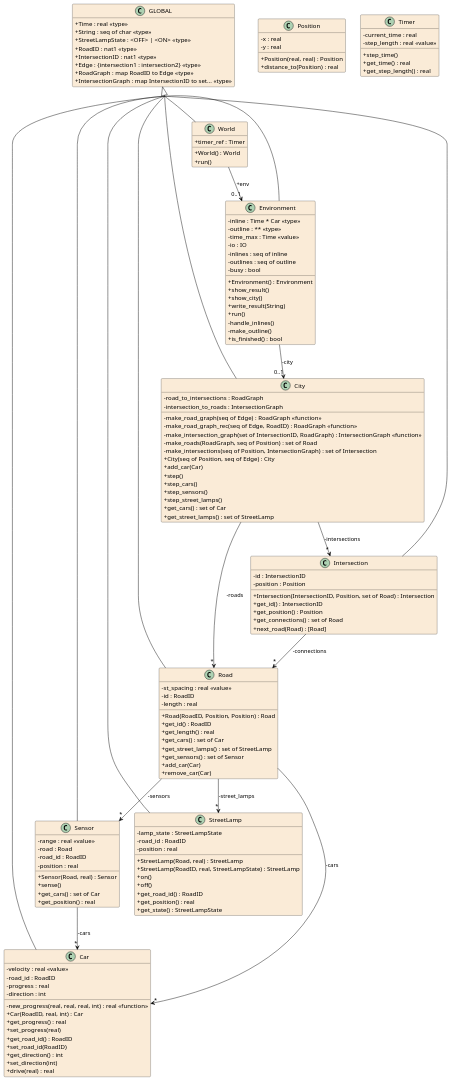
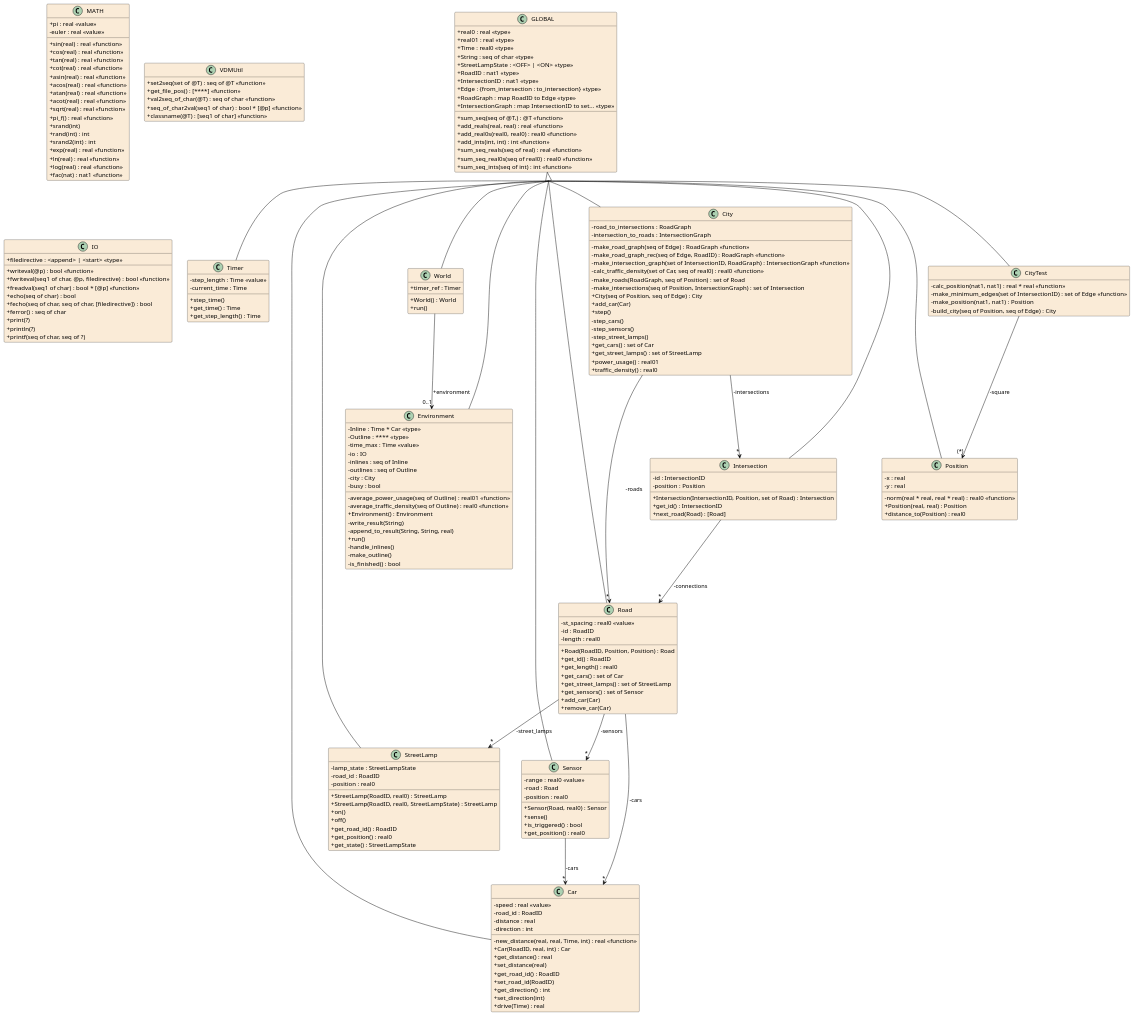
One commit to JnsJensen/mcs-ambient-light changed the diagram in .generated/vdm2uml/mcs-ambient-light.puml. Above: the diagram before and after it, drawn with PlantUML. The commit also changed 1 other file, not shown here.

Commit message:
feat: fixed stackoverflow in TestManyIntersections

```diff
--- a/.generated/vdm2uml/mcs-ambient-light.puml
+++ b/.generated/vdm2uml/mcs-ambient-light.puml
@@ -12,21 +12,183 @@
 }
 skinparam defaultTextAlignment center
 
+class MATH
+{
+	+sin(real) : real <<function>>
+	+cos(real) : real <<function>>
+	+tan(real) : real <<function>>
+	+cot(real) : real <<function>>
+	+asin(real) : real <<function>>
+	+acos(real) : real <<function>>
+	+atan(real) : real <<function>>
+	+acot(real) : real <<function>>
+	+sqrt(real) : real <<function>>
+	+pi_f() : real <<function>>
+	+srand(int)
+	+rand(int) : int
+	+srand2(int) : int
+	+exp(real) : real <<function>>
+	+ln(real) : real <<function>>
+	+log(real) : real <<function>>
+	+fac(nat) : nat1 <<function>>
+	+pi : real <<value>>
+	-euler : real <<value>>
+}
+
+class VDMUtil
+{
+	+set2seq(set of @T) : seq of @T <<function>>
+	+get_file_pos() : [****] <<function>>
+	+val2seq_of_char(@T) : seq of char <<function>>
+	+seq_of_char2val(seq1 of char) : bool * [@p] <<function>>
+	+classname(@T) : [seq1 of char] <<function>>
+}
+
+class IO
+{
+	+filedirective : <append> | <start> <<type>>
+	+writeval(@p) : bool <<function>>
+	+fwriteval(seq1 of char, @p, filedirective) : bool <<function>>
+	+freadval(seq1 of char) : bool * [@p] <<function>>
+	+echo(seq of char) : bool
+	+fecho(seq of char, seq of char, [filedirective]) : bool
+	+ferror() : seq of char
+	+print(?)
+	+println(?)
+	+printf(seq of char, seq of ?)
+}
+
+class Timer
+{
+	-step_length : Time <<value>>
+	-current_time : Time
+	+step_time()
+	+get_time() : Time
+	+get_step_length() : Time
+}
+
+class World
+{
+	+timer_ref : Timer
+	+World() : World
+	+run()
+}
+
+class GLOBAL
+{
+	+real0 : real <<type>>
+	+real01 : real <<type>>
+	+Time : real0 <<type>>
+	+String : seq of char <<type>>
+	+StreetLampState : <OFF> | <ON> <<type>>
+	+RoadID : nat1 <<type>>
+	+IntersectionID : nat1 <<type>>
+	+Edge : {from_intersection : to_intersection} <<type>>
+	+RoadGraph : map RoadID to Edge <<type>>
+	+IntersectionGraph : map IntersectionID to set... <<type>>
+	+sum_seq(seq of @T,) : @T <<function>>
+	+add_reals(real, real) : real <<function>>
+	+add_real0s(real0, real0) : real0 <<function>>
+	+add_ints(int, int) : int <<function>>
+	+sum_seq_reals(seq of real) : real <<function>>
+	+sum_seq_real0s(seq of real0) : real0 <<function>>
+	+sum_seq_ints(seq of int) : int <<function>>
+}
+
+class Road
+{
+	-st_spacing : real0 <<value>>
+	-id : RoadID
+	-length : real0
+	+Road(RoadID, Position, Position) : Road
+	+get_id() : RoadID
+	+get_length() : real0
+	+get_cars() : set of Car
+	+get_street_lamps() : set of StreetLamp
+	+get_sensors() : set of Sensor
+	+add_car(Car)
+	+remove_car(Car)
+}
+
+class StreetLamp
+{
+	-lamp_state : StreetLampState
+	-road_id : RoadID
+	-position : real0
+	+StreetLamp(RoadID, real0) : StreetLamp
+	+StreetLamp(RoadID, real0, StreetLampState) : StreetLamp
+	+on()
+	+off()
+	+get_road_id() : RoadID
+	+get_position() : real0
+	+get_state() : StreetLampState
+}
+
+class Sensor
+{
+	-range : real0 <<value>>
+	-road : Road
+	-position : real0
+	+Sensor(Road, real0) : Sensor
+	+sense()
+	+is_triggered() : bool
+	+get_position() : real0
+}
+
 class Car
 {
-	-velocity : real <<value>>
+	-speed : real <<value>>
 	-road_id : RoadID
-	-progress : real
+	-distance : real
 	-direction : int
-	-new_progress(real, real, real, int) : real <<function>>
+	-new_distance(real, real, Time, int) : real <<function>>
 	+Car(RoadID, real, int) : Car
-	+get_progress() : real
-	+set_progress(real)
+	+get_distance() : real
+	+set_distance(real)
 	+get_road_id() : RoadID
 	+set_road_id(RoadID)
 	+get_direction() : int
 	+set_direction(int)
-	+drive(real) : real
+	+drive(Time) : real
+}
+
+class Environment
+{
+	-Inline : Time * Car <<type>>
+	-Outline : **** <<type>>
+	-time_max : Time <<value>>
+	-io : IO
+	-inlines : seq of Inline
+	-outlines : seq of Outline
+	-city : City
+	-busy : bool
+	-average_power_usage(seq of Outline) : real01 <<function>>
+	-average_traffic_density(seq of Outline) : real0 <<function>>
+	+Environment() : Environment
+	-write_result(String)
+	-append_to_result(String, String, real)
+	+run()
+	-handle_inlines()
+	-make_outline()
+	-is_finished() : bool
+}
+
+class Intersection
+{
+	-id : IntersectionID
+	-position : Position
+	+Intersection(IntersectionID, Position, set of Road) : Intersection
+	+get_id() : IntersectionID
+	+next_road(Road) : [Road]
+}
+
+class Position
+{
+	-x : real
+	-y : real
+	-norm(real * real, real * real) : real0 <<function>>
+	+Position(real, real) : Position
+	+distance_to(Position) : real0
 }
 
 class City
@@ -36,141 +198,48 @@
 	-make_road_graph(seq of Edge) : RoadGraph <<function>>
 	-make_road_graph_rec(seq of Edge, RoadID) : RoadGraph <<function>>
 	-make_intersection_graph(set of IntersectionID, RoadGraph) : IntersectionGraph <<function>>
+	-calc_traffic_density(set of Car, seq of real0) : real0 <<function>>
 	-make_roads(RoadGraph, seq of Position) : set of Road
 	-make_intersections(seq of Position, IntersectionGraph) : set of Intersection
 	+City(seq of Position, seq of Edge) : City
 	+add_car(Car)
 	+step()
-	+step_cars()
-	+step_sensors()
-	+step_street_lamps()
+	-step_cars()
+	-step_sensors()
+	-step_street_lamps()
 	+get_cars() : set of Car
 	+get_street_lamps() : set of StreetLamp
+	+power_usage() : real01
+	+traffic_density() : real0
 }
 
-class Environment
+class CityTest
 {
-	-inline : Time * Car <<type>>
-	-outline : ** <<type>>
-	-time_max : Time <<value>>
-	-io : IO
-	-inlines : seq of inline
-	-outlines : seq of outline
-	-busy : bool
-	+Environment() : Environment
-	+show_result()
-	+show_city()
-	+write_result(String)
-	+run()
-	-handle_inlines()
-	-make_outline()
-	+is_finished() : bool
+	-calc_position(nat1, nat1) : real * real <<function>>
+	-make_minimum_edges(set of IntersectionID) : set of Edge <<function>>
+	-make_position(nat1, nat1) : Position
+	-build_city(seq of Position, seq of Edge) : City
 }
 
-class GLOBAL
-{
-	+Time : real <<type>>
-	+String : seq of char <<type>>
-	+StreetLampState : <OFF> | <ON> <<type>>
-	+RoadID : nat1 <<type>>
-	+IntersectionID : nat1 <<type>>
-	+Edge : {intersection1 : intersection2} <<type>>
-	+RoadGraph : map RoadID to Edge <<type>>
-	+IntersectionGraph : map IntersectionID to set... <<type>>
-}
-
-class Intersection
-{
-	-id : IntersectionID
-	-position : Position
-	+Intersection(IntersectionID, Position, set of Road) : Intersection
-	+get_id() : IntersectionID
-	+get_position() : Position
-	+get_connections() : set of Road
-	+next_road(Road) : [Road]
-}
-
-class Position
-{
-	-x : real
-	-y : real
-	+Position(real, real) : Position
-	+distance_to(Position) : real
-}
-
-class Road
-{
-	-st_spacing : real <<value>>
-	-id : RoadID
-	-length : real
-	+Road(RoadID, Position, Position) : Road
-	+get_id() : RoadID
-	+get_length() : real
-	+get_cars() : set of Car
-	+get_street_lamps() : set of StreetLamp
-	+get_sensors() : set of Sensor
-	+add_car(Car)
-	+remove_car(Car)
-}
-
-class Sensor
-{
-	-range : real <<value>>
-	-road : Road
-	-road_id : RoadID
-	-position : real
-	+Sensor(Road, real) : Sensor
-	+sense()
-	+get_cars() : set of Car
-	+get_position() : real
-}
-
-class StreetLamp
-{
-	-lamp_state : StreetLampState
-	-road_id : RoadID
-	-position : real
-	+StreetLamp(Road, real) : StreetLamp
-	+StreetLamp(RoadID, real, StreetLampState) : StreetLamp
-	+on()
-	+off()
-	+get_road_id() : RoadID
-	+get_position() : real
-	+get_state() : StreetLampState
-}
-
-class Timer
-{
-	-current_time : real
-	-step_length : real <<value>>
-	+step_time()
-	+get_time() : real
-	+get_step_length() : real
-}
-
-class World
-{
-	+timer_ref : Timer
-	+World() : World
-	+run()
-}
-
-Environment --> "0..1" City : -city
-GLOBAL <|-- Car
-City --> "*" Intersection : -intersections
-City --> "*" Road : -roads
-GLOBAL <|-- City
-GLOBAL <|-- Environment
-Intersection --> "*" Road : -connections
-GLOBAL <|-- Intersection
+GLOBAL <|-- Timer
+World --> "0..1" Environment : +environment
+GLOBAL <|-- World
 Road --> "*" Car : -cars
 Road --> "*" StreetLamp : -street_lamps
 Road --> "*" Sensor : -sensors
 GLOBAL <|-- Road
+GLOBAL <|-- StreetLamp
 Sensor --> "*" Car : -cars
 GLOBAL <|-- Sensor
-GLOBAL <|-- StreetLamp
-World --> "0..1" Environment : +env
-GLOBAL <|-- World
+GLOBAL <|-- Car
+GLOBAL <|-- Environment
+Intersection --> "*" Road : -connections
+GLOBAL <|-- Intersection
+GLOBAL <|-- Position
+City --> "*" Intersection : -intersections
+City --> "*" Road : -roads
+GLOBAL <|-- City
+CityTest --> "(*)" Position : -square
+GLOBAL <|-- CityTest
 
 @enduml
```
